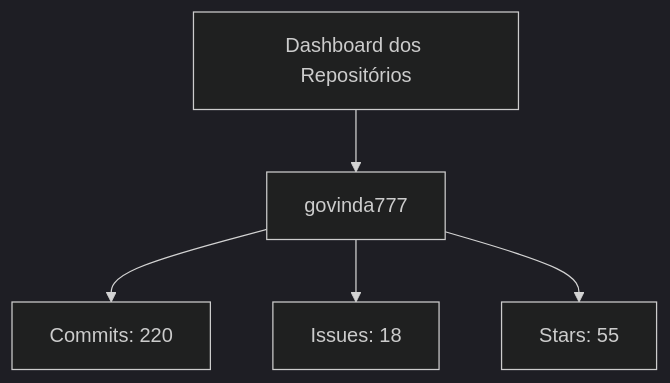
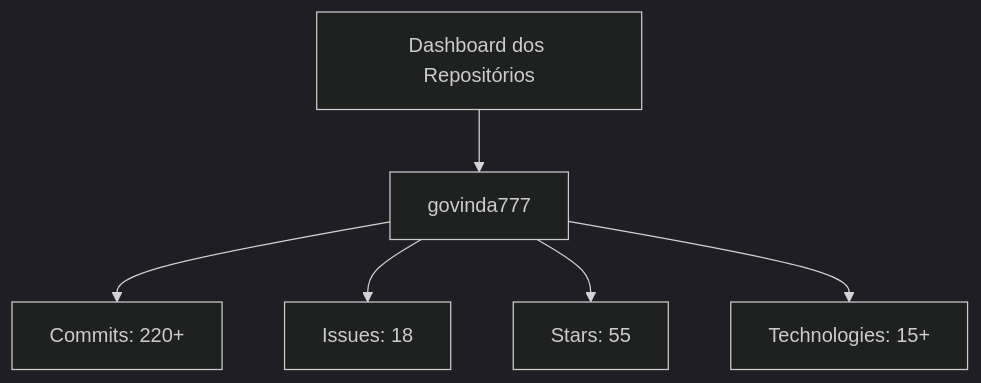
One commit to govinda777/govinda777 changed the first of 6 diagrams in DASHBOARD.md. Above: the diagram before and after it, drawn with Mermaid (dark theme). The commit also changed other lines of this file and 1 other file, not shown here.

````diff
--- a/DASHBOARD.md
+++ b/DASHBOARD.md
@@ -11,12 +11,14 @@
 ```mermaid
 flowchart TD
     A[Dashboard dos Repositórios]
     B[govinda777]
-    D[Commits: 220]
+    D[Commits: 220+]
     E[Issues: 18]
     F[Stars: 55]
+    G[Technologies: 15+]
     A --> B
     B --> D
     B --> E
     B --> F
+    B --> G
 ```
````
